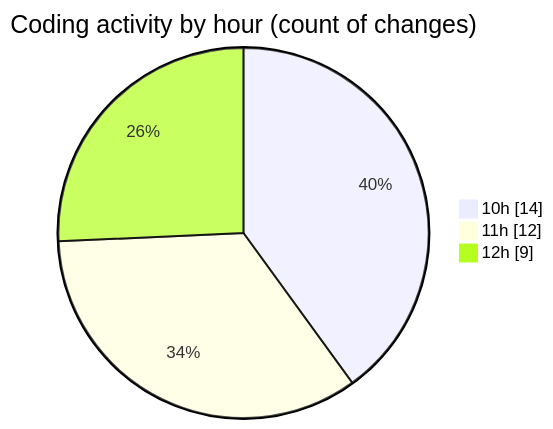
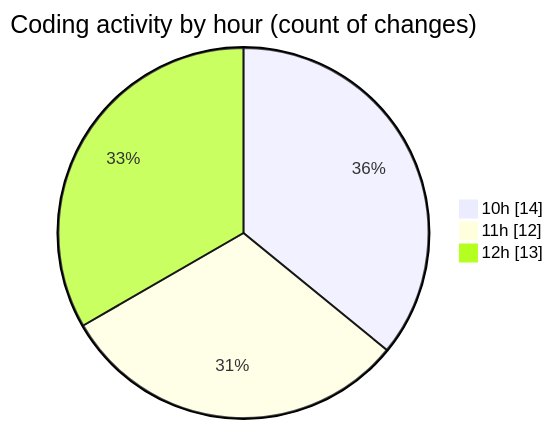
The second of 2 diagrams in 2025-09-29/cda/README.md (momahboobian/code-tracking), drawn with Mermaid before and after one commit. The commit also changed other lines of this file and 1 other file, not shown here.

````diff
--- a/2025-09-29/cda/README.md
+++ b/2025-09-29/cda/README.md
@@ -36,7 +36,7 @@
 ```mermaid
 pie showData
 title Coding activity by hour (count of changes)
 "10h" : 14
 "11h" : 12
-"12h" : 9
+"12h" : 13
 ```
````
